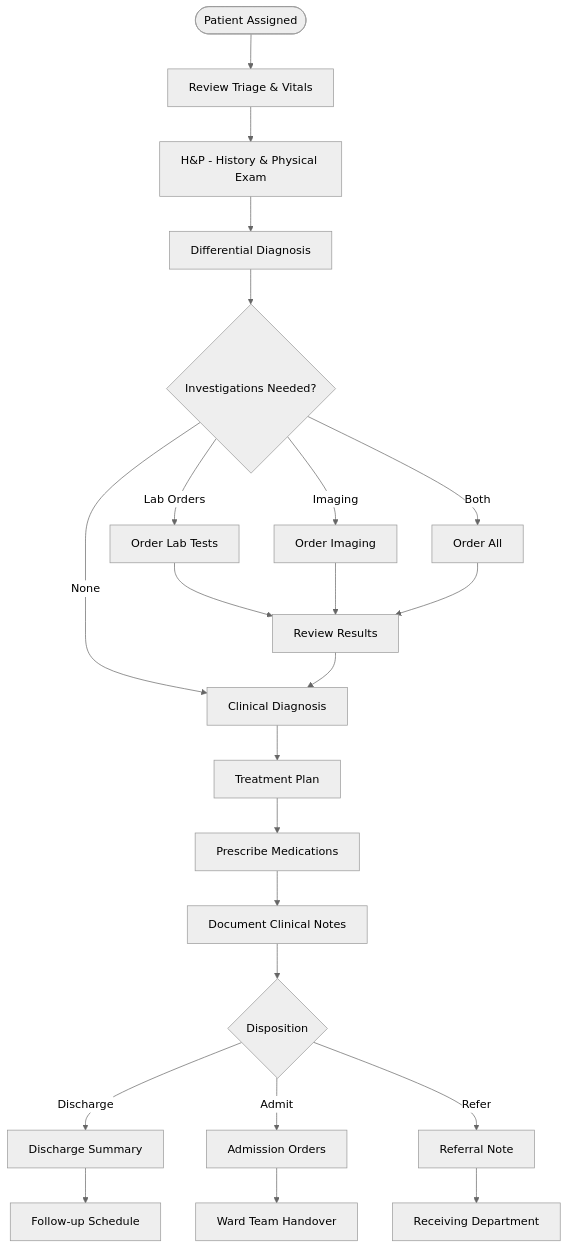
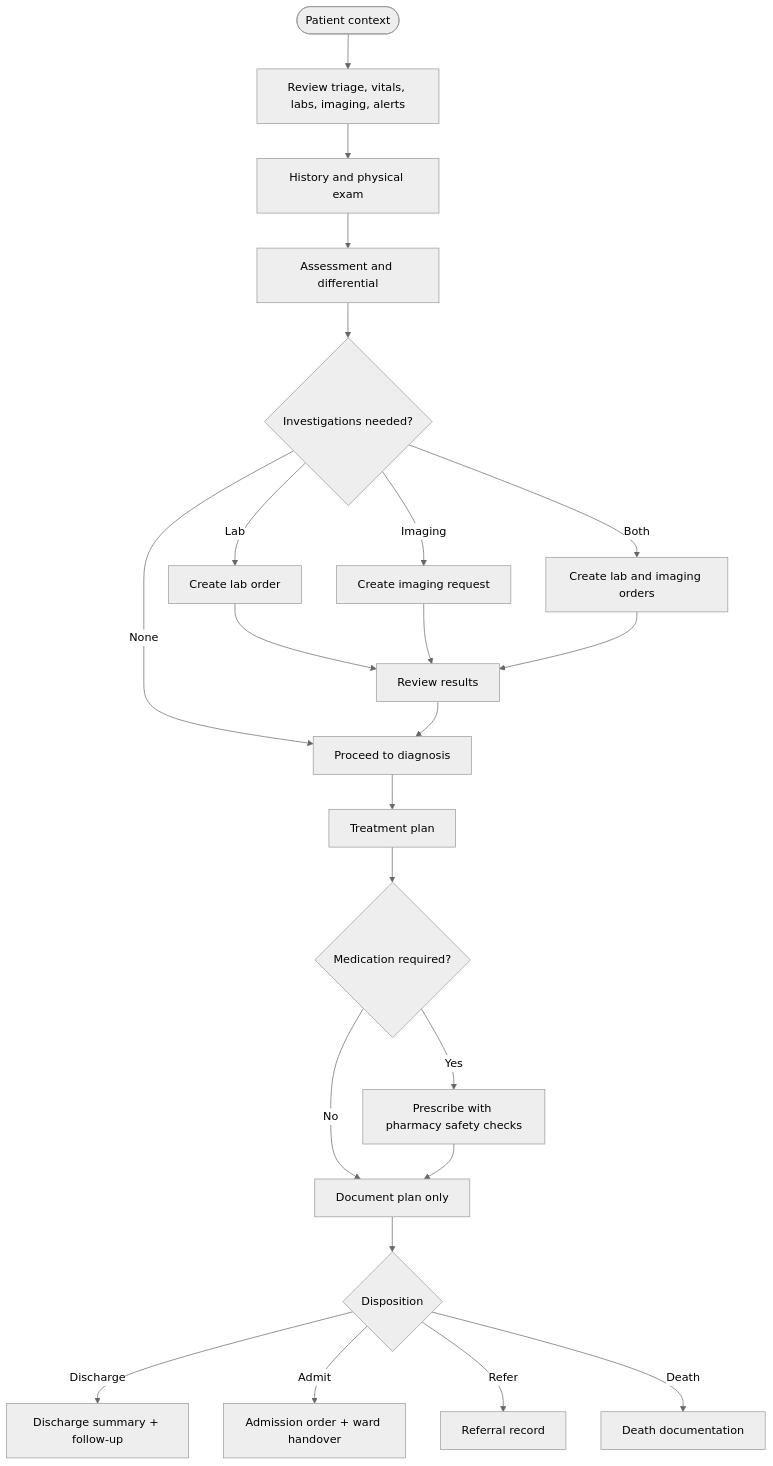
One commit to JosephMponda/GrandGaze changed the diagram in docs/workflows/03-clinician-workflow.md. Above: the diagram before and after it, drawn with Mermaid (neutral theme). The commit also changed 6 other files, not shown here.

Commit message:
Update workflow diagrams to match current app

````diff
--- a/docs/workflows/03-clinician-workflow.md
+++ b/docs/workflows/03-clinician-workflow.md
@@ -3,25 +3,25 @@
 ```mermaid
 flowchart TD
-    A([Patient Assigned]) --> B[Review Triage & Vitals]
-    B --> C[H&P - History & Physical Exam]
-    C --> D[Differential Diagnosis]
-    D --> E{Investigations Needed?}
-    E -->|Lab Orders| F[Order Lab Tests]
-    E -->|Imaging| G[Order Imaging]
-    E -->|Both| H[Order All]
-    E -->|None| I[Clinical Diagnosis]
-    F --> J[Review Results]
+    A([Patient context]) --> B[Review triage, vitals, labs, imaging, alerts]
+    B --> C[History and physical exam]
+    C --> D[Assessment and differential]
+    D --> E{Investigations needed?}
+    E -->|Lab| F[Create lab order]
+    E -->|Imaging| G[Create imaging request]
+    E -->|Both| H[Create lab and imaging orders]
+    E -->|None| I[Proceed to diagnosis]
+    F --> J[Review results]
     G --> J
     H --> J
     J --> I
-    I --> K[Treatment Plan]
-    K --> L[Prescribe Medications]
-    L --> M[Document Clinical Notes]
-    M --> N{Disposition}
-    N -->|Discharge| O[Discharge Summary]
-    N -->|Admit| P[Admission Orders]
-    N -->|Refer| Q[Referral Note]
-    O --> R[Follow-up Schedule]
-    P --> S[Ward Team Handover]
-    Q --> T[Receiving Department]
+    I --> K[Treatment plan]
+    K --> L{Medication required?}
+    L -->|Yes| M[Prescribe with pharmacy safety checks]
+    L -->|No| N[Document plan only]
+    M --> N
+    N --> O{Disposition}
+    O -->|Discharge| P[Discharge summary + follow-up]
+    O -->|Admit| Q[Admission order + ward handover]
+    O -->|Refer| R[Referral record]
+    O -->|Death| S[Death documentation]
 ```
````
